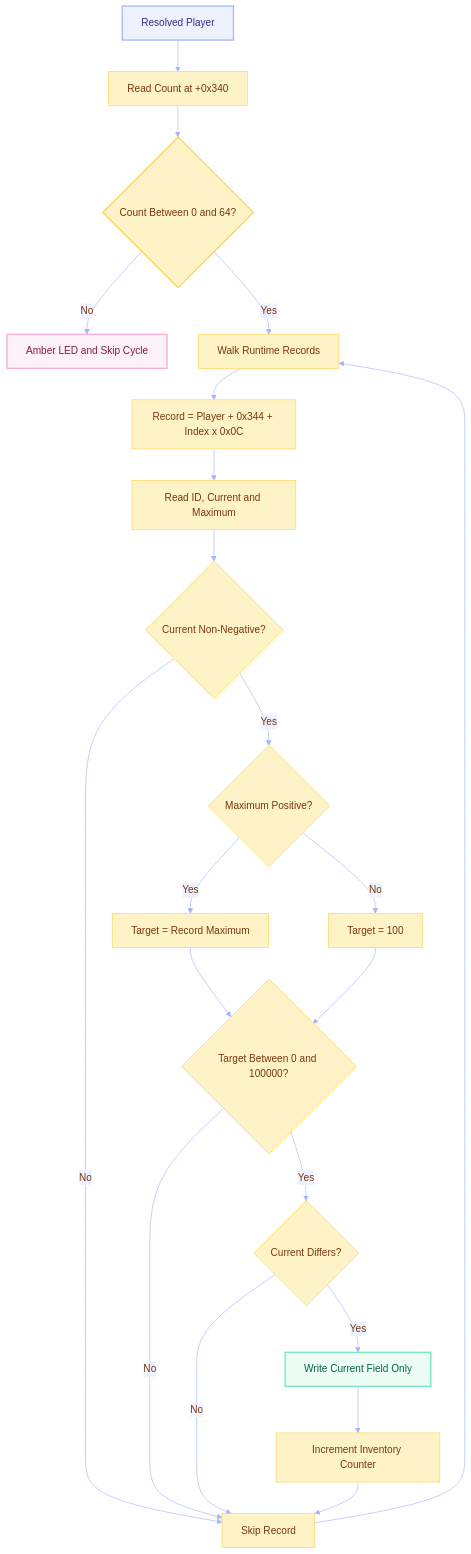
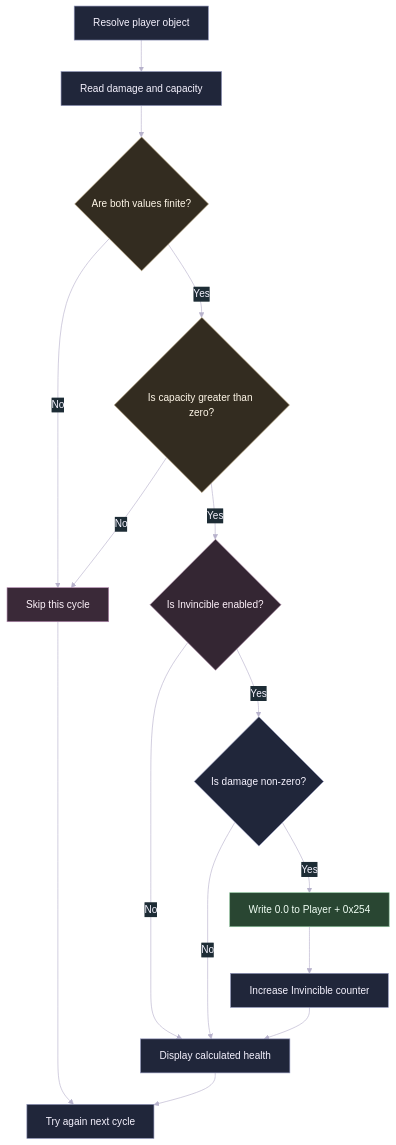
One commit to Tanishq-JM/Project-IGI-Offline-Trainer changed the eighth of 17 diagrams in README.md. Above: the diagram before and after it, drawn with Mermaid. The commit also changed other lines of this file, not shown here.

````diff
--- a/README.md
+++ b/README.md
@@ -644,29 +385,25 @@
 ```mermaid
-%%{init: {'theme':'base', 'themeVariables': { 'primaryColor':'#FEF3C7','primaryTextColor':'#78350F','primaryBorderColor':'#FCD34D','lineColor':'#A5B4FC','secondaryColor':'#EEF2FF','tertiaryColor':'#ECFDF5'}}}%%
-flowchart TB
-    Player[Resolved Player] --> Count[Read Count at +0x340]
-    Count --> SafeCount{Count Between 0 and 64?}
-    SafeCount -->|No| Wait[Amber LED and Skip Cycle]
-    SafeCount -->|Yes| Walk[Walk Runtime Records]
-    Walk --> Formula[Record = Player + 0x344 + Index x 0x0C]
-    Formula --> ReadFields[Read ID, Current and Maximum]
-    ReadFields --> CurrentValid{Current Non-Negative?}
-    CurrentValid -->|No| Next[Skip Record]
-    CurrentValid -->|Yes| Target{Maximum Positive?}
-    Target -->|Yes| UseMax[Target = Record Maximum]
-    Target -->|No| UseSafe[Target = 100]
-    UseMax --> Bounds{Target Between 0 and 100000?}
-    UseSafe --> Bounds
-    Bounds -->|No| Next
-    Bounds -->|Yes| Changed{Current Differs?}
-    Changed -->|No| Next
-    Changed -->|Yes| Write[Write Current Field Only]
-    Write --> CountWrite[Increment Inventory Counter]
-    CountWrite --> Next
-    Next --> Walk
+%%{init: {'theme':'base', 'themeVariables': {'background':'#0F1117','primaryColor':'#20263A','primaryTextColor':'#F6F3FF','primaryBorderColor':'#8E93B8','lineColor':'#B7B2CC','secondaryColor':'#1D2C35','secondaryTextColor':'#F3FAFC','secondaryBorderColor':'#7E9BAA','tertiaryColor':'#342633','tertiaryTextColor':'#FFF2FB','tertiaryBorderColor':'#A17F9D','fontFamily':'Segoe UI'}}}%%
+flowchart TD
+    Resolve["Resolve player object"] --> Read["Read damage and capacity"]
+    Read --> Finite{"Are both values finite?"}
+    Finite -->|No| Skip["Skip this cycle"]
+    Finite -->|Yes| Positive{"Is capacity greater than zero?"}
+    Positive -->|No| Skip
+    Positive -->|Yes| Enabled{"Is Invincible enabled?"}
+    Enabled -->|No| Display["Display calculated health"]
+    Enabled -->|Yes| Needed{"Is damage non-zero?"}
+    Needed -->|No| Display
+    Needed -->|Yes| Write["Write 0.0 to Player + 0x254"]
+    Write --> Counter["Increase Invincible counter"]
+    Counter --> Display
+    Skip --> Retry["Try again next cycle"]
+    Display --> Retry
 
-    style Player fill:#EEF2FF,stroke:#A5B4FC,stroke-width:2px,color:#312E81
-    style SafeCount fill:#FEF3C7,stroke:#FCD34D,stroke-width:2px,color:#78350F
-    style Write fill:#ECFDF5,stroke:#6EE7B7,stroke-width:2px,color:#065F46
-    style Wait fill:#FDF2F8,stroke:#F9A8D4,stroke-width:2px,color:#831843
+    style Resolve fill:#20263A,stroke:#8E93B8,color:#F6F3FF
+    style Finite fill:#332C20,stroke:#AA946D,color:#FFF7E8
+    style Positive fill:#332C20,stroke:#AA946D,color:#FFF7E8
+    style Enabled fill:#342633,stroke:#A17F9D,color:#FFF2FB
+    style Write fill:#294632,stroke:#8BC09A,color:#F1FFF5
+    style Skip fill:#3A2938,stroke:#B188AE,color:#FFF4FC
 ```
````
